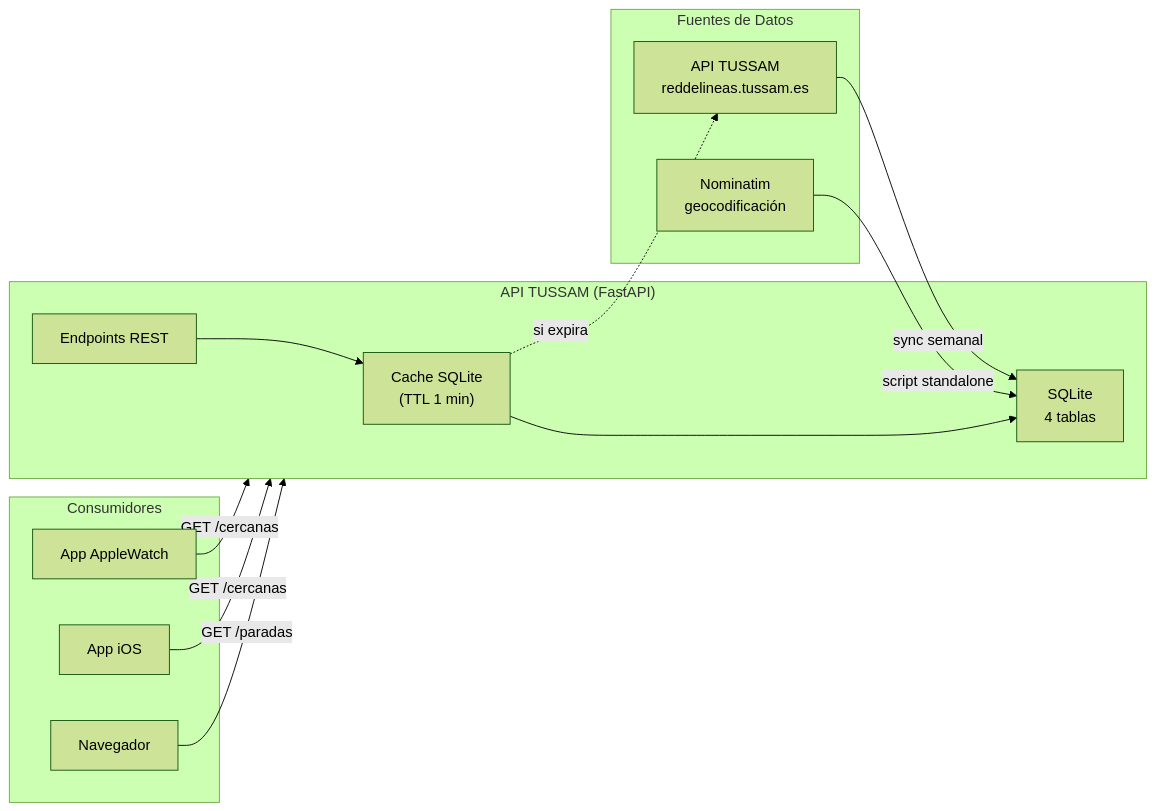
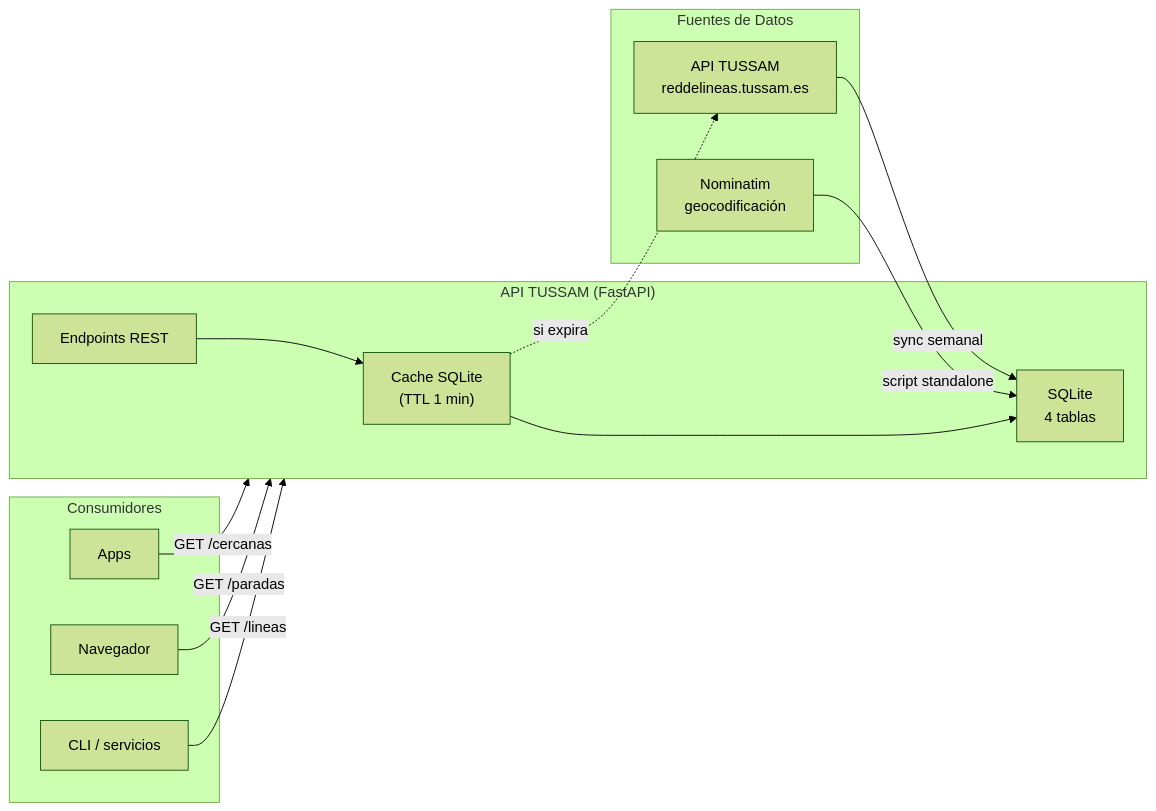
One commit to 686f6c61/API-TUSSAM changed the diagram in docs/API.md. Above: the diagram before and after it, drawn with Mermaid (forest theme). The commit also changed other lines of this file and 4 other files, not shown here.

````diff
--- a/docs/API.md
+++ b/docs/API.md
@@ -12,28 +12,28 @@
 ```mermaid
 flowchart LR
     subgraph Origen["Fuentes de Datos"]
         T["API TUSSAM\nreddelineas.tussam.es"]
         N["Nominatim\ngeocodificación"]
     end
 
     subgraph API["API TUSSAM (FastAPI)"]
         Cache["Cache SQLite\n(TTL 1 min)"]
         DB["SQLite\n4 tablas"]
         EP["Endpoints REST"]
     end
 
     subgraph Clientes["Consumidores"]
-        Watch["App AppleWatch"]
-        iOS["App iOS"]
+        App["Apps"]
         Web["Navegador"]
+        CLI["CLI / servicios"]
     end
 
     T -->|"sync semanal"| DB
     N -->|"script standalone"| DB
-    Watch -->|"GET /cercanas"| API
-    iOS -->|"GET /cercanas"| API
+    App -->|"GET /cercanas"| API
     Web -->|"GET /paradas"| API
+    CLI -->|"GET /lineas"| API
     EP --> Cache
     Cache --> DB
     Cache -.->|"si expira"| T
 ```
````
